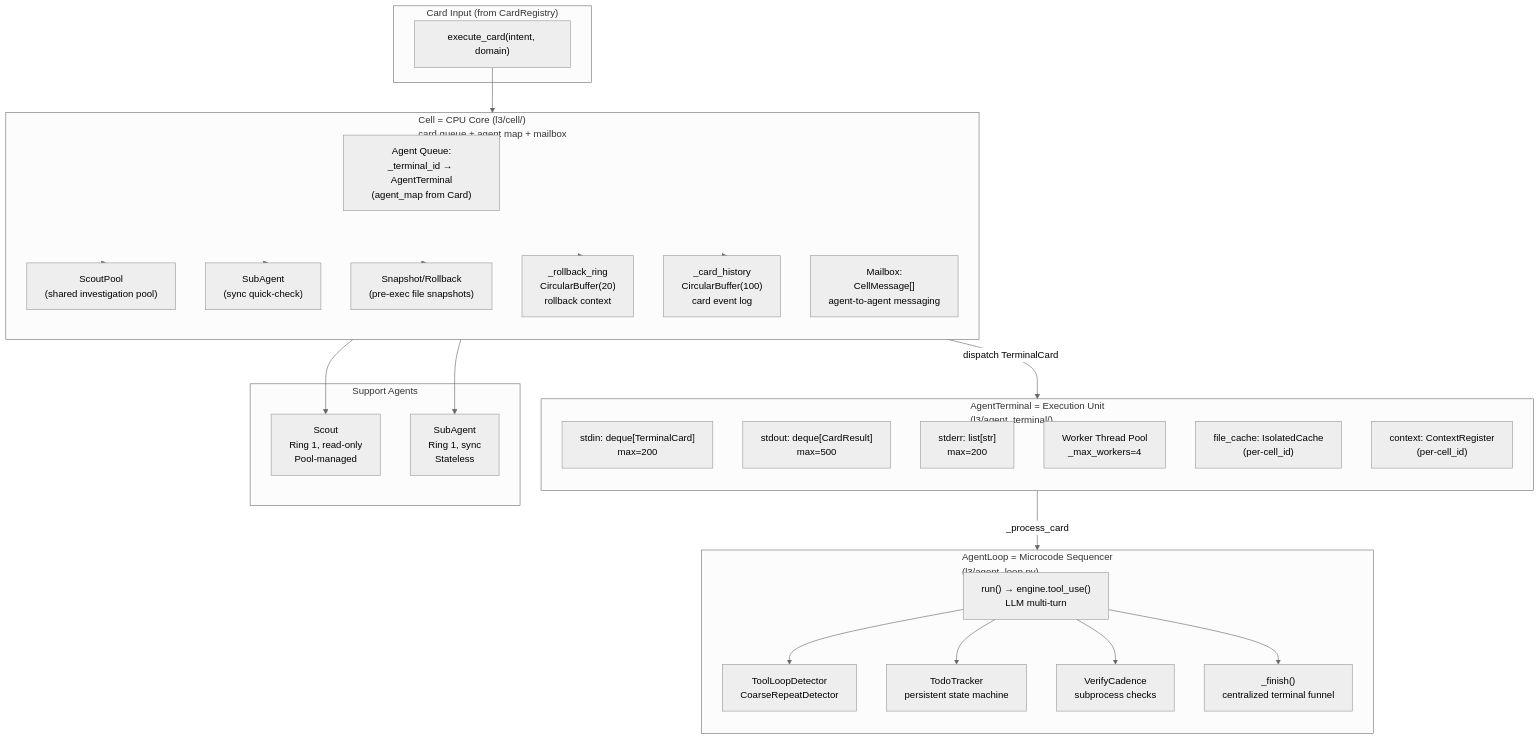
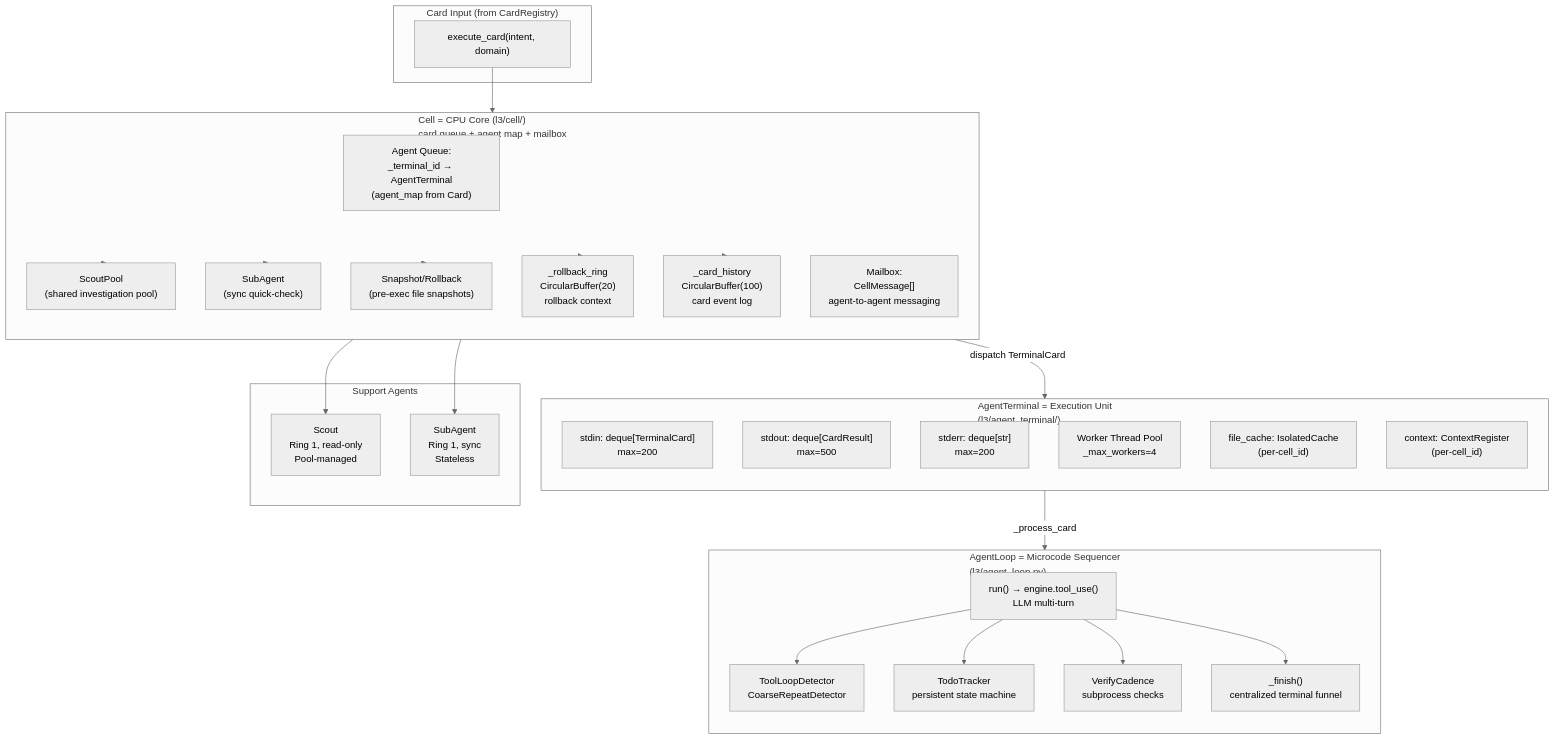
Before and after one commit to guilingzhouyi-creator/Praxis-Agent-OS: the first of 2 diagrams in docs/architecture/deep-dive/cell-agent.md, drawn with Mermaid (neutral theme). The commit also changed other lines of this file and 52 other files, not shown here.

````diff
--- a/docs/architecture/deep-dive/cell-agent.md
+++ b/docs/architecture/deep-dive/cell-agent.md
@@ -21,56 +21,56 @@
 ```mermaid
 flowchart TB
     subgraph Input["Card Input (from CardRegistry)"]
         CARD_IN["execute_card(intent, domain)"]
     end
 
     subgraph Cell["Cell = CPU Core (l3/cell/)\ncard queue + agent map + mailbox"]
         direction TB
         AQ["Agent Queue:\n_terminal_id → AgentTerminal\n(agent_map from Card)"]
         MB["Mailbox:\nCellMessage[]\nagent-to-agent messaging"]
         SP["ScoutPool\n(shared investigation pool)"]
         SUB["SubAgent\n(sync quick-check)"]
         SNAP["Snapshot/Rollback\n(pre-exec file snapshots)"]
         RB["_rollback_ring\nCircularBuffer(20)\nrollback context"]
         CH["_card_history\nCircularBuffer(100)\ncard event log"]
     end
 
     subgraph AgentTerminal["AgentTerminal = Execution Unit\n(l3/agent_terminal/)"]
         direction TB
         STDIN["stdin: deque[TerminalCard]\nmax=200"]
         STDOUT["stdout: deque[CardResult]\nmax=500"]
-        STDERR["stderr: list[str]\nmax=200"]
+        STDERR["stderr: deque[str]\nmax=200"]
         WORKER["Worker Thread Pool\n_max_workers=4"]
         FC["file_cache: IsolatedCache\n(per-cell_id)"]
         CR["context: ContextRegister\n(per-cell_id)"]
     end
 
     subgraph AgentLoop["AgentLoop = Microcode Sequencer\n(l3/agent_loop.py)"]
         direction TB
         MAIN["run() → engine.tool_use()\nLLM multi-turn"]
         DETECT["ToolLoopDetector\nCoarseRepeatDetector"]
         TODO["TodoTracker\npersistent state machine"]
         CADENCE["VerifyCadence\nsubprocess checks"]
         FINISH["_finish()\ncentralized terminal funnel"]
     end
 
     subgraph Support["Support Agents"]
         SCT["Scout\nRing 1, read-only\nPool-managed"]
         SUB2["SubAgent\nRing 1, sync\nStateless"]
     end
 
     CARD_IN --> Cell
     Cell -->|"dispatch TerminalCard"| STDIN
     WORKER -->|"_process_card"| MAIN
     MAIN --> DETECT
     MAIN --> TODO
     MAIN --> CADENCE
     MAIN --> FINISH
     Cell --> SP
     Cell --> SUB
     Cell --> SNAP
     Cell --> RB
     Cell --> CH
     SP --> SCT
     SUB --> SUB2
 ```
````
